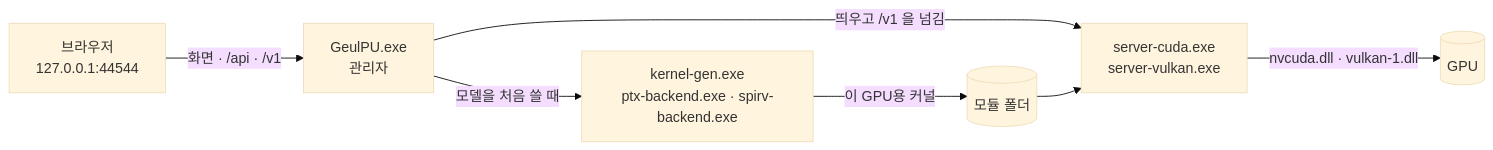
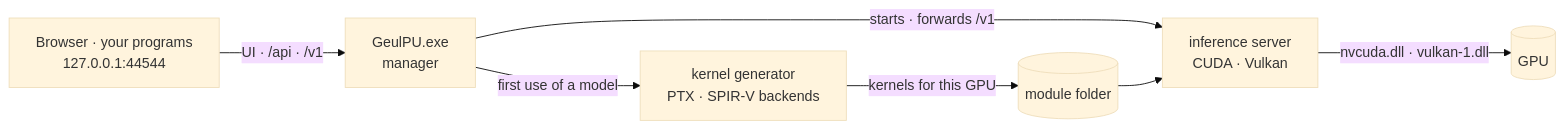
One commit to wwoosshh/GeulPUv2 changed the diagram in README.md. Above: the diagram before and after it, drawn with Mermaid (base theme). The commit also changed other lines of this file and 36 other files, not shown here.

````diff
--- a/README.md
+++ b/README.md
@@ -356,9 +167,9 @@
 ```mermaid
 flowchart LR
-    B["브라우저<br/>127.0.0.1:44544"] -- "화면 · /api · /v1" --> M["GeulPU.exe<br/>관리자"]
-    M -- "모델을 처음 쓸 때" --> G["kernel-gen.exe<br/>ptx-backend.exe · spirv-backend.exe"]
-    G -- "이 GPU용 커널" --> K[("모듈 폴더")]
-    M -- "띄우고 /v1 을 넘김" --> S["server-cuda.exe<br/>server-vulkan.exe"]
+    B["Browser · your programs<br/>127.0.0.1:44544"] -- "UI · /api · /v1" --> M["GeulPU.exe<br/>manager"]
+    M -- "first use of a model" --> G["kernel generator<br/>PTX · SPIR-V backends"]
+    G -- "kernels for this GPU" --> K[("module folder")]
+    M -- "starts · forwards /v1" --> S["inference server<br/>CUDA · Vulkan"]
     K --> S
     S -- "nvcuda.dll · vulkan-1.dll" --> GPU[("GPU")]
 ```
````
